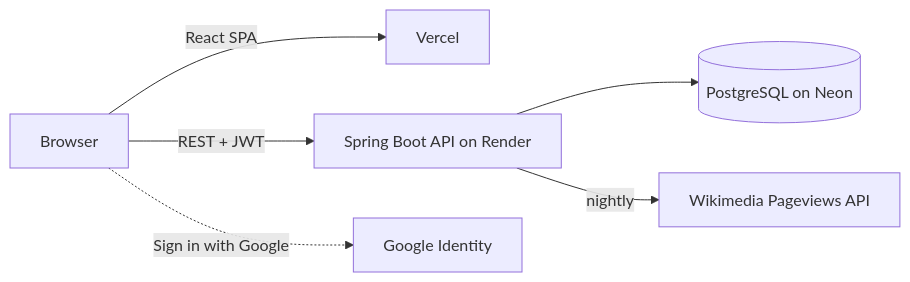
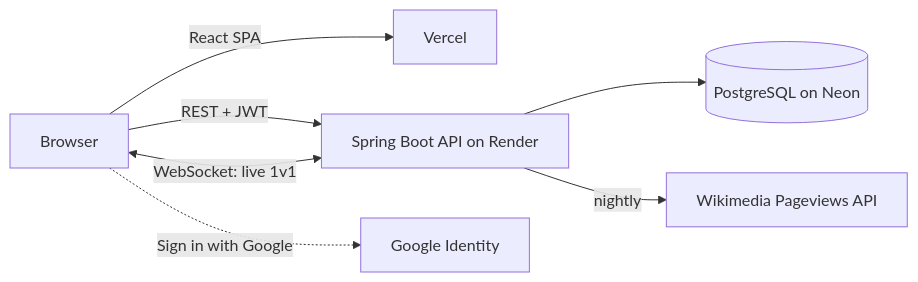
One commit to 1Dhairyak/SearchWars changed the diagram in README.md. Above: the diagram before and after it, drawn with Mermaid. The commit also changed other lines of this file and 6 other files, not shown here.

````diff
--- a/README.md
+++ b/README.md
@@ -15,8 +16,9 @@
 ```mermaid
 flowchart LR
     U[Browser] -->|React SPA| V[Vercel]
     U -->|REST + JWT| R[Spring Boot API on Render]
+    U <-->|WebSocket: live 1v1| R
     R --> N[(PostgreSQL on Neon)]
     R -->|nightly| W[Wikimedia Pageviews API]
     U -.->|Sign in with Google| G[Google Identity]
 ```
````
